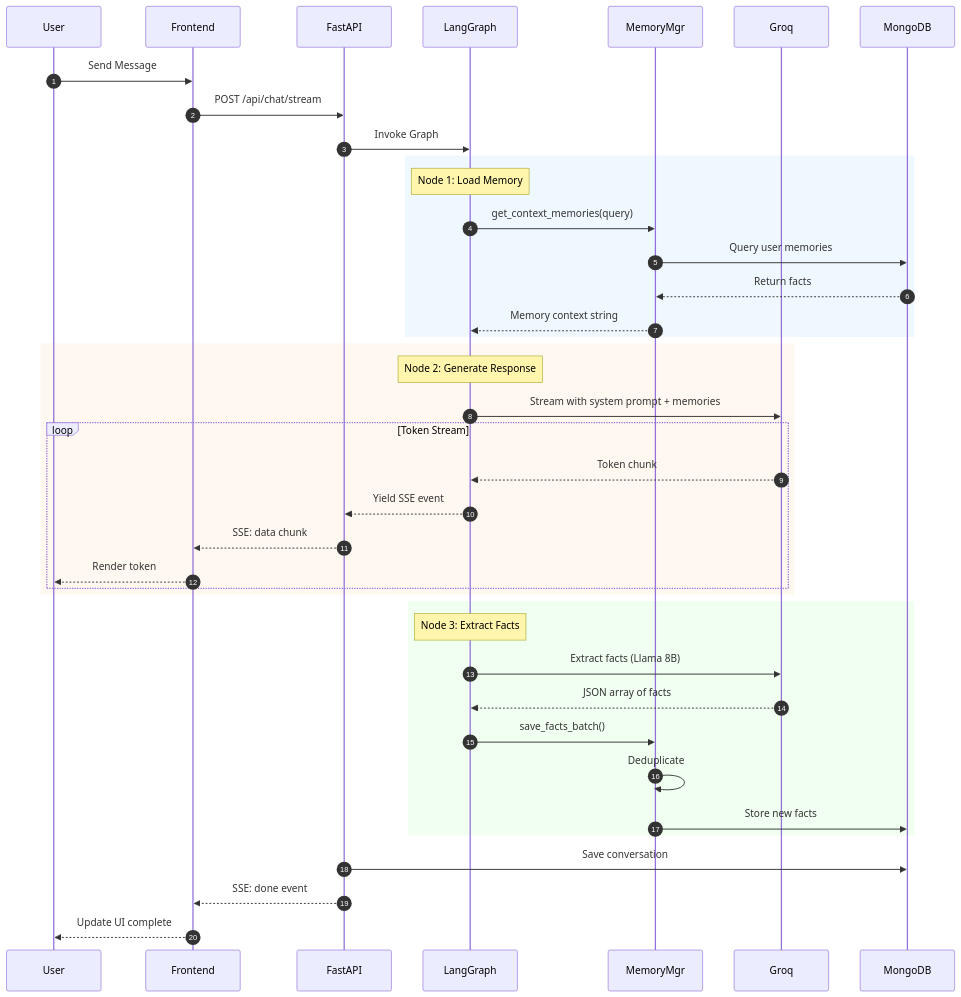
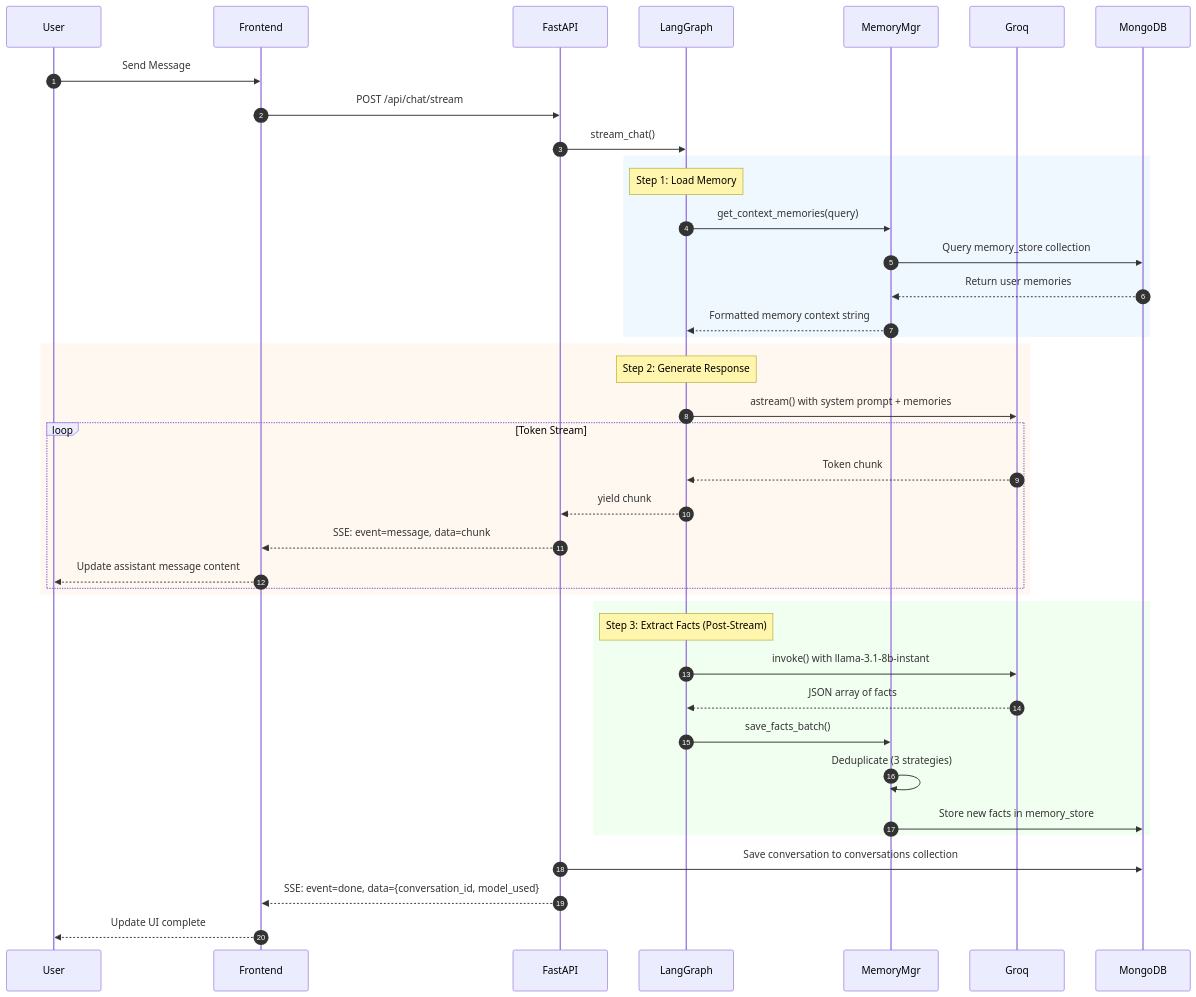
One commit to Aafimalek/t3_chat changed the second of 7 diagrams in README.md. Above: the diagram before and after it, drawn with Mermaid. The commit also changed other lines of this file and 1 other file, not shown here.

Commit message:
added new model support

````diff
--- a/README.md
+++ b/README.md
@@ -120,47 +134,47 @@
 ```mermaid
 sequenceDiagram
     autonumber
     participant User
     participant Frontend
     participant FastAPI
     participant LangGraph
     participant MemoryMgr
     participant Groq
     participant MongoDB
 
     User->>Frontend: Send Message
     Frontend->>FastAPI: POST /api/chat/stream
-    FastAPI->>LangGraph: Invoke Graph
+    FastAPI->>LangGraph: stream_chat()
     
     rect rgb(240, 248, 255)
-        Note over LangGraph: Node 1: Load Memory
+        Note over LangGraph: Step 1: Load Memory
         LangGraph->>MemoryMgr: get_context_memories(query)
-        MemoryMgr->>MongoDB: Query user memories
-        MongoDB-->>MemoryMgr: Return facts
-        MemoryMgr-->>LangGraph: Memory context string
+        MemoryMgr->>MongoDB: Query memory_store collection
+        MongoDB-->>MemoryMgr: Return user memories
+        MemoryMgr-->>LangGraph: Formatted memory context string
     end
 
     rect rgb(255, 248, 240)
-        Note over LangGraph: Node 2: Generate Response
-        LangGraph->>Groq: Stream with system prompt + memories
+        Note over LangGraph: Step 2: Generate Response
+        LangGraph->>Groq: astream() with system prompt + memories
         loop Token Stream
             Groq-->>LangGraph: Token chunk
-            LangGraph-->>FastAPI: Yield SSE event
-            FastAPI-->>Frontend: SSE: data chunk
-            Frontend-->>User: Render token
+            LangGraph-->>FastAPI: yield chunk
+            FastAPI-->>Frontend: SSE: event=message, data=chunk
+            Frontend-->>User: Update assistant message content
         end
     end
 
     rect rgb(240, 255, 240)
-        Note over LangGraph: Node 3: Extract Facts
-        LangGraph->>Groq: Extract facts (Llama 8B)
+        Note over LangGraph: Step 3: Extract Facts (Post-Stream)
+        LangGraph->>Groq: invoke() with llama-3.1-8b-instant
         Groq-->>LangGraph: JSON array of facts
         LangGraph->>MemoryMgr: save_facts_batch()
-        MemoryMgr->>MemoryMgr: Deduplicate
-        MemoryMgr->>MongoDB: Store new facts
+        MemoryMgr->>MemoryMgr: Deduplicate (3 strategies)
+        MemoryMgr->>MongoDB: Store new facts in memory_store
     end
 
-    FastAPI->>MongoDB: Save conversation
-    FastAPI-->>Frontend: SSE: done event
+    FastAPI->>MongoDB: Save conversation to conversations collection
+    FastAPI-->>Frontend: SSE: event=done, data={conversation_id, model_used}
     Frontend-->>User: Update UI complete
 ```
````
